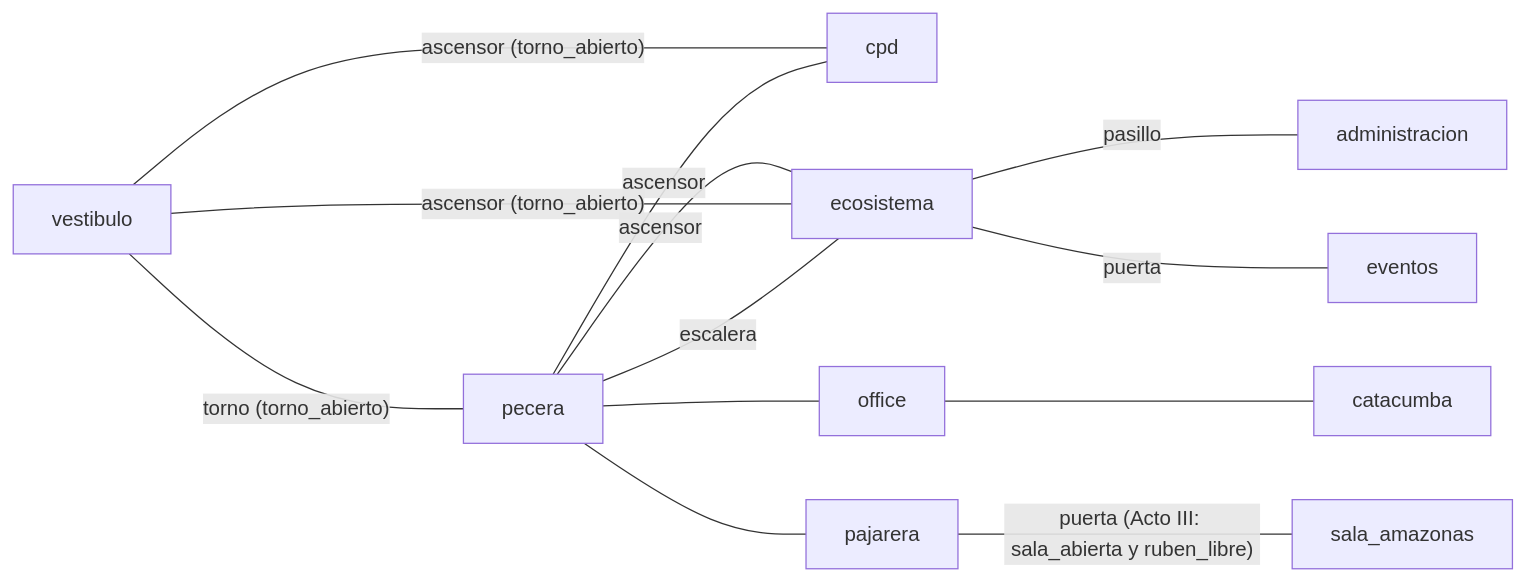
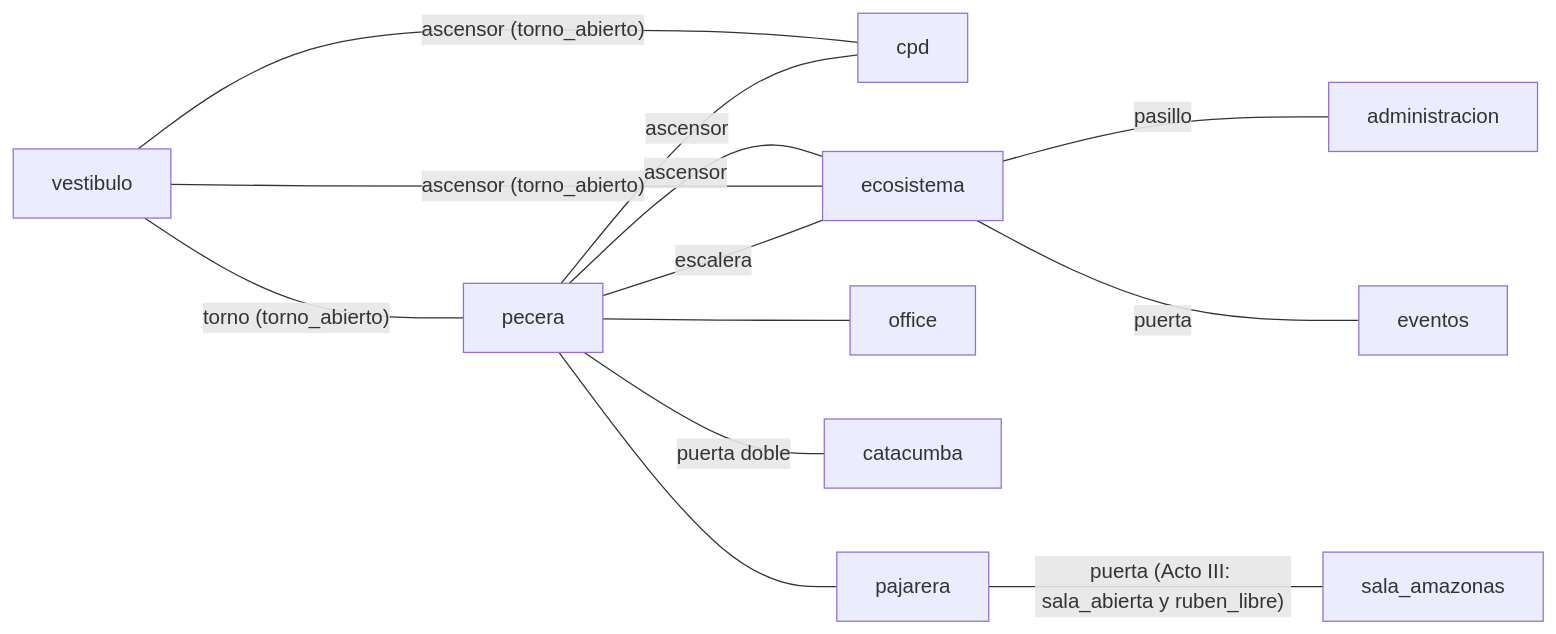
The first of 2 diagrams in docs/GUION_BIBLIA.md (tridecoder/monkeyisland27), drawn with Mermaid before and after one commit. The commit also changed other lines of this file and 32 other files, not shown here.

````diff
--- a/docs/GUION_BIBLIA.md
+++ b/docs/GUION_BIBLIA.md
@@ -361,15 +361,15 @@
 ```mermaid
 flowchart LR
   vestibulo -- torno (torno_abierto) --- pecera
   vestibulo -- ascensor (torno_abierto) --- cpd
   pecera -- ascensor --- cpd
   pecera -- ascensor --- ecosistema
   vestibulo -- ascensor (torno_abierto) --- ecosistema
   pecera --- office
-  office --- catacumba
+  pecera -- puerta doble --- catacumba
   pecera --- pajarera
   pajarera -- puerta (Acto III: sala_abierta y ruben_libre) --- sala_amazonas
   pecera -- escalera --- ecosistema
   ecosistema -- pasillo --- administracion
   ecosistema -- puerta --- eventos
 ```
````
